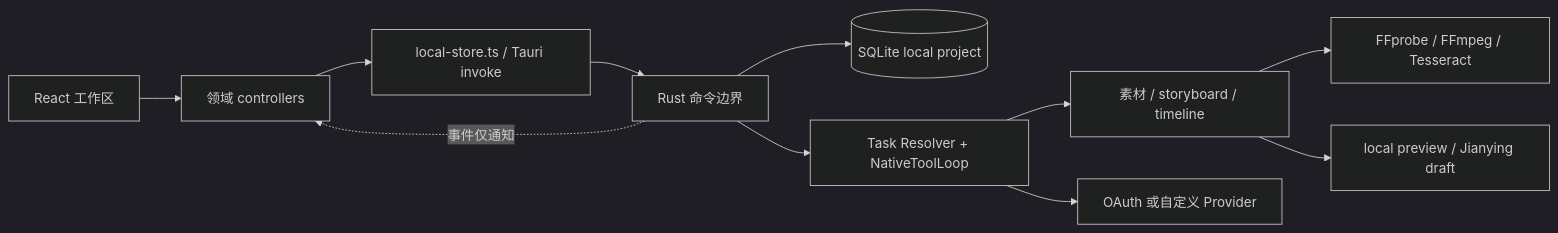
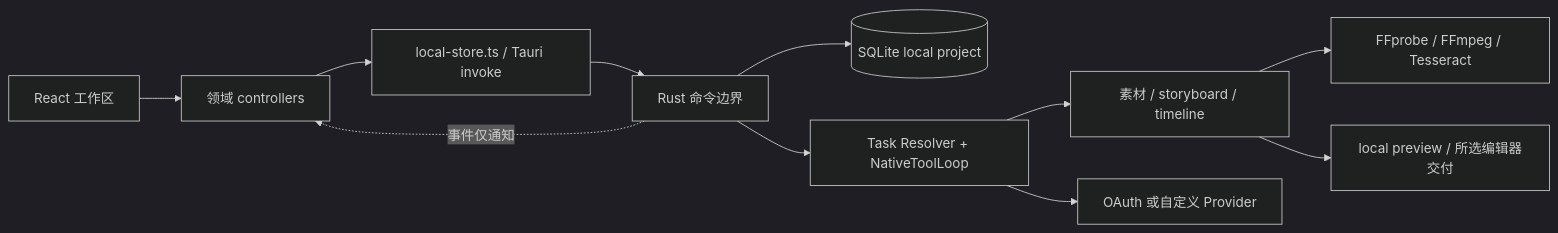
Before and after one commit to 946256344-lab/ai-edit-agent: the first of 3 diagrams in docs/codebase/ARCHITECTURE.md, drawn with Mermaid (dark theme). The commit also changed other lines of this file and 32 other files, not shown here.

First line of the commit message:
feat: deliver timelines through selectable editor ports

````diff
--- a/docs/codebase/ARCHITECTURE.md
+++ b/docs/codebase/ARCHITECTURE.md
@@ -16,13 +16,13 @@
 ```mermaid
 flowchart LR
   UI["React 工作区"] --> CTRL["领域 controllers"]
   CTRL --> BRIDGE["local-store.ts / Tauri invoke"]
   BRIDGE --> CMD["Rust 命令边界"]
   CMD --> DB[("SQLite local project")]
   CMD --> AGENT["Task Resolver + NativeToolLoop"]
   AGENT --> DOMAIN["素材 / storyboard / timeline"]
   DOMAIN --> MEDIA["FFprobe / FFmpeg / Tesseract"]
   AGENT --> MODEL["OAuth 或自定义 Provider"]
-  DOMAIN --> DRAFT["local preview / Jianying draft"]
+  DOMAIN --> DRAFT["local preview / 所选编辑器交付"]
   CMD -. "事件仅通知" .-> CTRL
 ```
````
